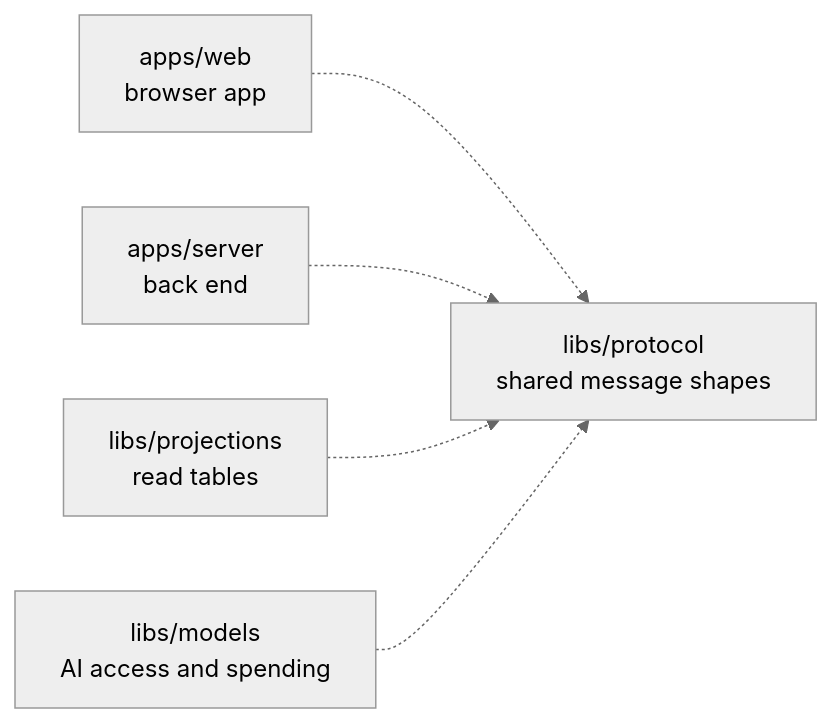
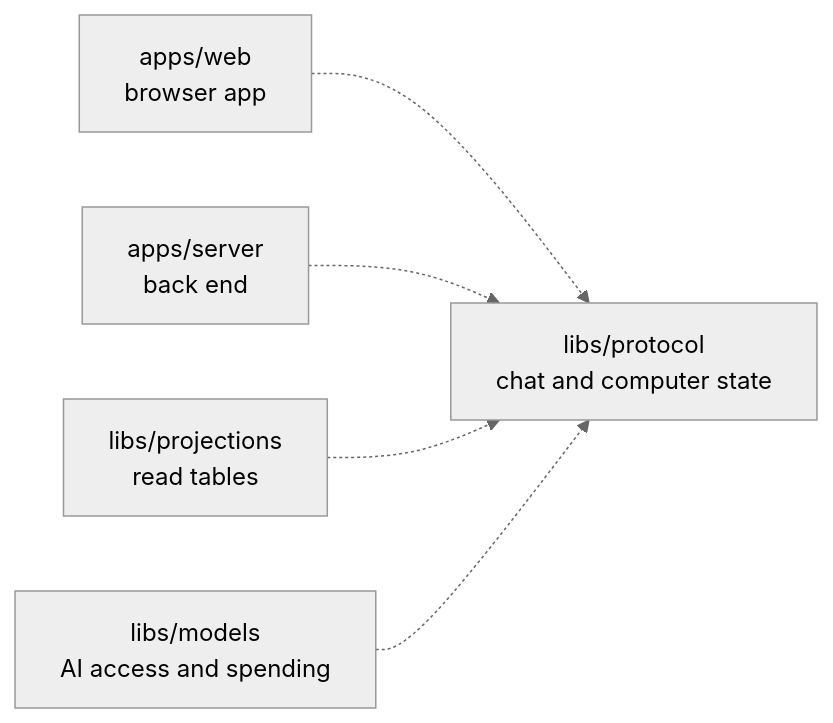
The diagram in libs/protocol/README.md (elewa-git/opencrane-new), drawn with Mermaid (neutral theme) before and after one commit. The commit also changed other lines of this file and 72 other files, not shown here.

````diff
--- a/libs/protocol/README.md
+++ b/libs/protocol/README.md
@@ -11,7 +11,7 @@
 ```mermaid
 flowchart LR
-  web["apps/web<br/>browser app"] -.-> protocol["libs/protocol<br/>shared message shapes"]
+  web["apps/web<br/>browser app"] -.-> protocol["libs/protocol<br/>chat and computer state"]
   server["apps/server<br/>back end"] -.-> protocol
   projections["libs/projections<br/>read tables"] -.-> protocol
   models["libs/models<br/>AI access and spending"] -.-> protocol
 ```
````
